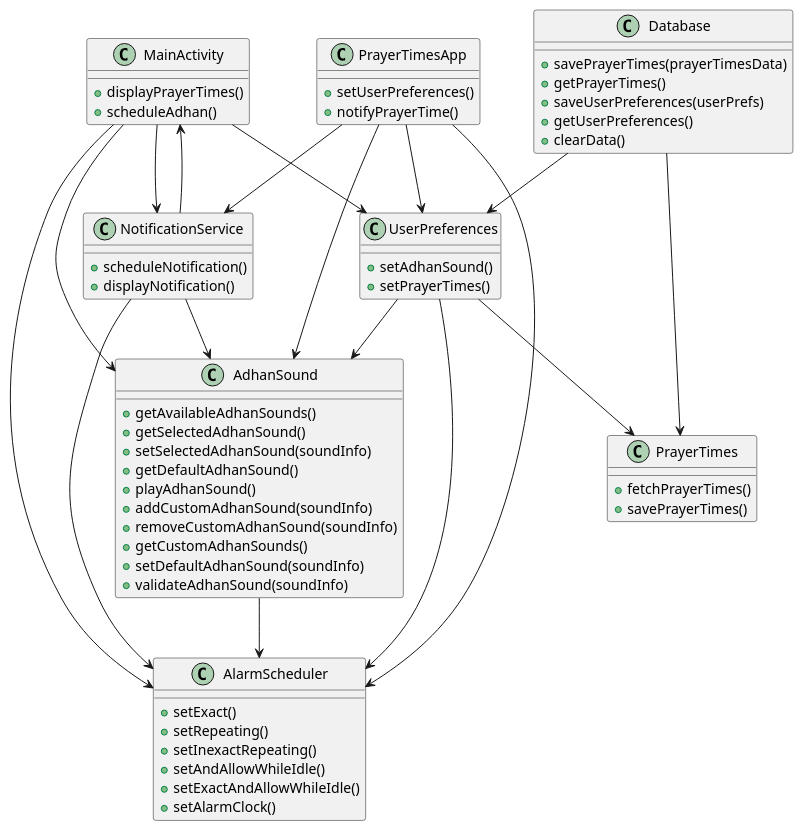
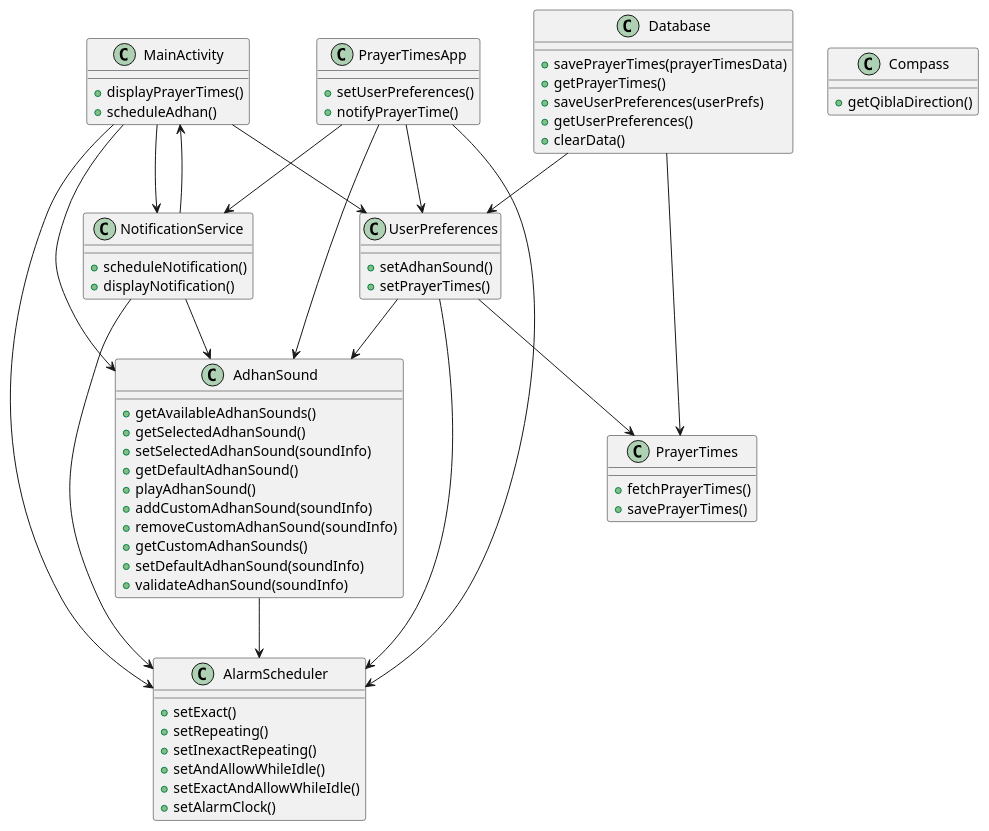
One commit to billgec/Adhan changed the diagram in App_Structure.puml. Above: the diagram before and after it, drawn with PlantUML.

Commit message:
Add UML to project

```diff
--- a/App_Structure.puml
+++ b/App_Structure.puml
@@ -1,72 +1,75 @@
 @startuml
 class MainActivity {
     +displayPrayerTimes()
     +scheduleAdhan()
 }
 class PrayerTimesApp {
     +setUserPreferences()
     +notifyPrayerTime()
 }
 class NotificationService {
     +scheduleNotification()
     +displayNotification()
 }
 class PrayerTimes {
     +fetchPrayerTimes()
     +savePrayerTimes()
 }
 class UserPreferences {
     +setAdhanSound()
     +setPrayerTimes()
+}
+class Compass {
+    +getQiblaDirection()
 }
 class AdhanSound {
     +getAvailableAdhanSounds()
     +getSelectedAdhanSound()
     +setSelectedAdhanSound(soundInfo)
     +getDefaultAdhanSound()
     +playAdhanSound()
     +addCustomAdhanSound(soundInfo)
     +removeCustomAdhanSound(soundInfo)
     +getCustomAdhanSounds()
     +setDefaultAdhanSound(soundInfo)
     +validateAdhanSound(soundInfo)
 }
 class Database {
     +savePrayerTimes(prayerTimesData)
     +getPrayerTimes()
     +saveUserPreferences(userPrefs)
     +getUserPreferences()
     +clearData()
 }
 class AlarmScheduler {
     +setExact()
     +setRepeating()
     +setInexactRepeating()
     +setAndAllowWhileIdle()
     +setExactAndAllowWhileIdle()
     +setAlarmClock()
 }
 MainActivity --> NotificationService
 MainActivity --> AlarmScheduler
 MainActivity --> AdhanSound
 MainActivity --> UserPreferences
 
 PrayerTimesApp --> UserPreferences
 PrayerTimesApp --> NotificationService
 PrayerTimesApp --> AlarmScheduler
 PrayerTimesApp --> AdhanSound
 
 NotificationService --> AlarmScheduler
 NotificationService --> MainActivity
 NotificationService --> AdhanSound
 
 UserPreferences --> AdhanSound
 UserPreferences --> AlarmScheduler
 UserPreferences --> PrayerTimes
 
 Database --> PrayerTimes
 Database --> UserPreferences
 
 AdhanSound --> AlarmScheduler
 
 @enduml
```
